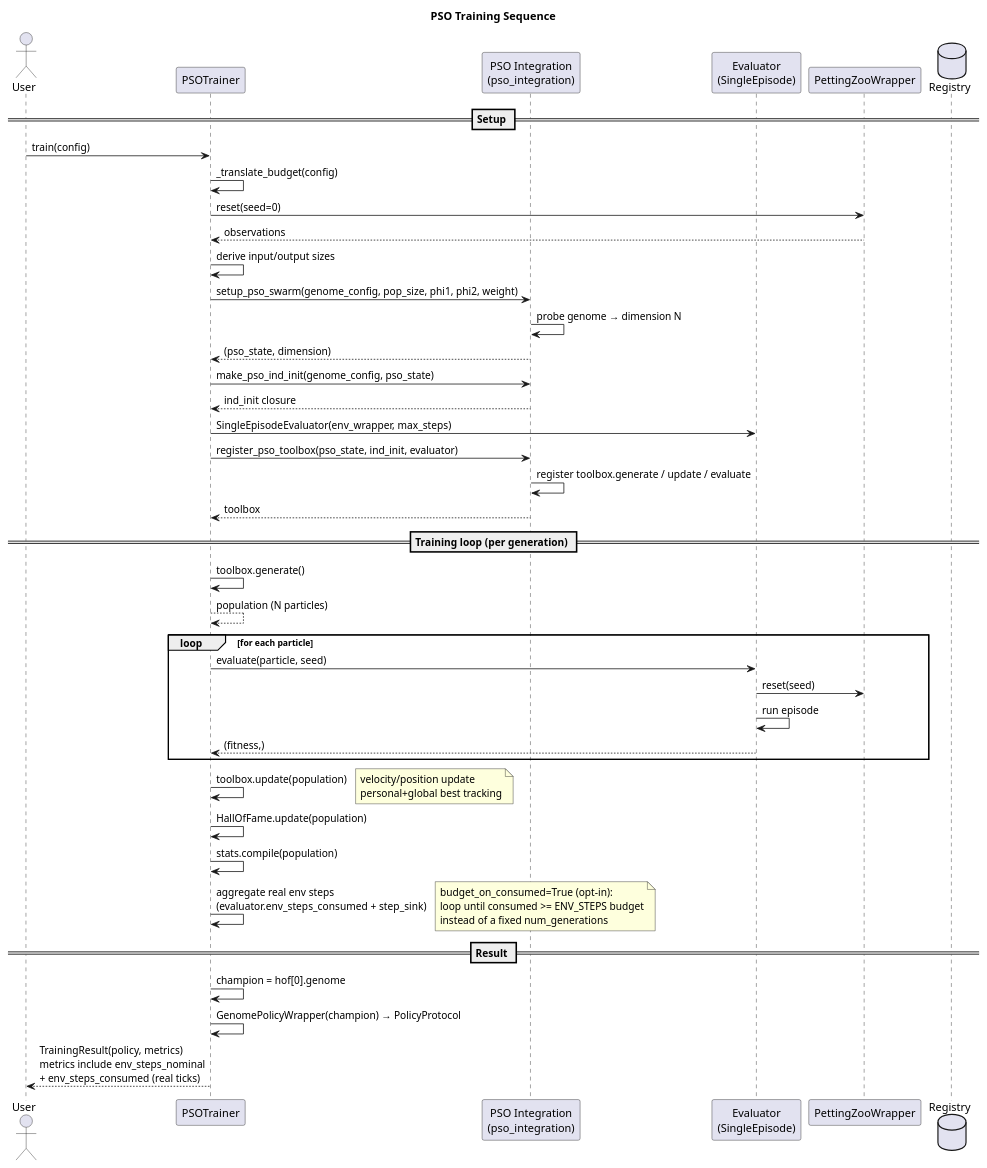
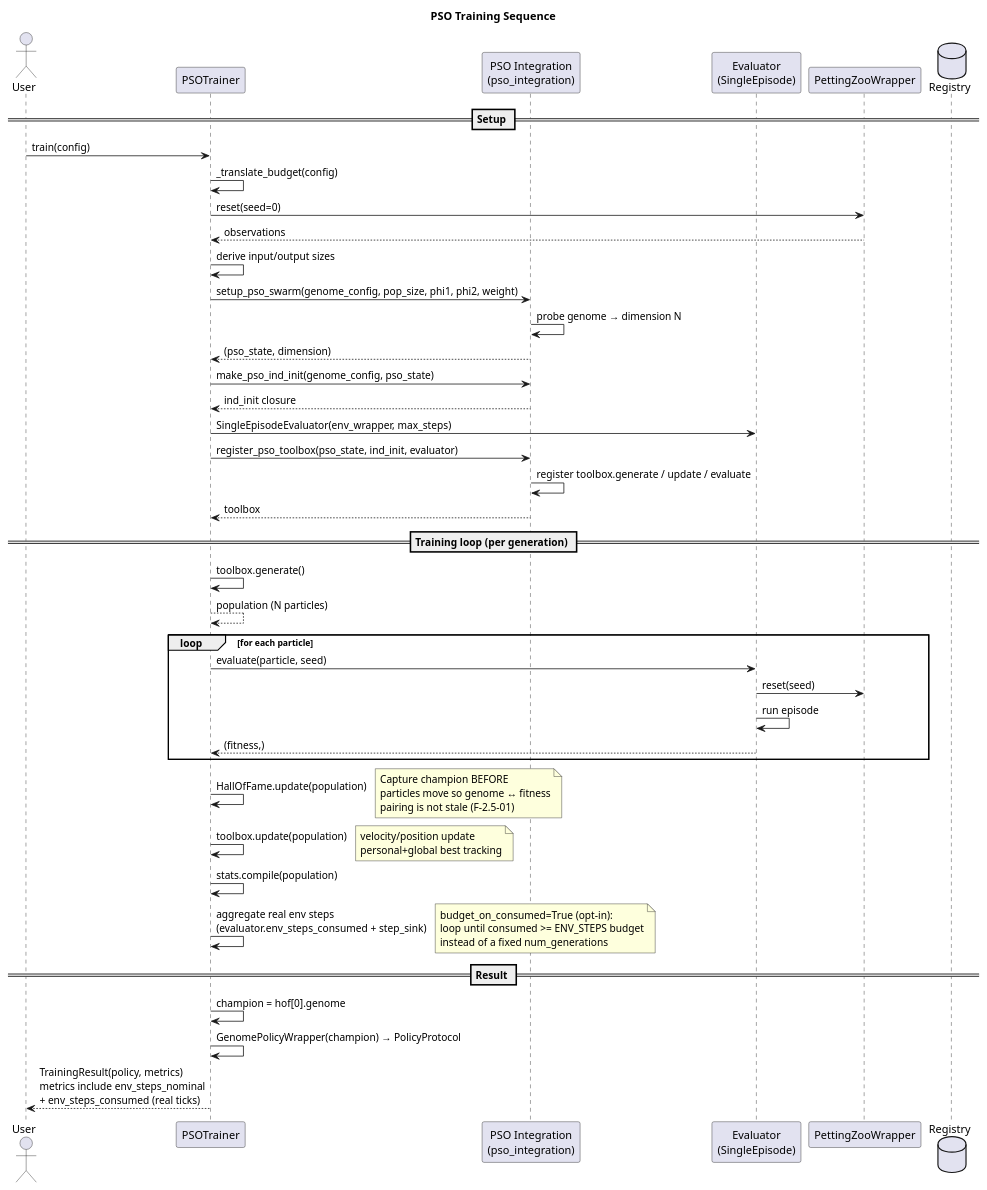
Before and after one commit to Alex180504/DEAP-Zoo-bridge: the diagram in docs/UML/sequence_pso_training.puml, drawn with PlantUML. The commit also changed 3 other files, not shown here.

```diff
--- a/docs/UML/sequence_pso_training.puml
+++ b/docs/UML/sequence_pso_training.puml
@@ -1,48 +1,49 @@
 @startuml
 title PSO Training Sequence
 
 actor User
 participant "PSOTrainer" as T
 participant "PSO Integration\n(pso_integration)" as I
 participant "Evaluator\n(SingleEpisode)" as E
 participant "PettingZooWrapper" as W
 database "Registry" as R
 
 == Setup ==
 User -> T: train(config)
 T -> T: _translate_budget(config)
 T -> W: reset(seed=0)
 W --> T: observations
 T -> T: derive input/output sizes
 T -> I: setup_pso_swarm(genome_config, pop_size, phi1, phi2, weight)
 I -> I: probe genome → dimension N
 I --> T: (pso_state, dimension)
 T -> I: make_pso_ind_init(genome_config, pso_state)
 I --> T: ind_init closure
 T -> E: SingleEpisodeEvaluator(env_wrapper, max_steps)
 T -> I: register_pso_toolbox(pso_state, ind_init, evaluator)
 I -> I: register toolbox.generate / update / evaluate
 I --> T: toolbox
 
 == Training loop (per generation) ==
 T -> T: toolbox.generate()
 T --> T: population (N particles)
 loop for each particle
   T -> E: evaluate(particle, seed)
   E -> W: reset(seed)
   E -> E: run episode
   E --> T: (fitness,)
 end
+T -> T: HallOfFame.update(population)
+note right: Capture champion BEFORE\nparticles move so genome ↔ fitness\npairing is not stale (F-2.5-01)
+
 T -> T: toolbox.update(population)
 note right: velocity/position update\npersonal+global best tracking
-
-T -> T: HallOfFame.update(population)
 T -> T: stats.compile(population)
 T -> T: aggregate real env steps\n(evaluator.env_steps_consumed + step_sink)
 note right: budget_on_consumed=True (opt-in):\nloop until consumed >= ENV_STEPS budget\ninstead of a fixed num_generations
 
 == Result ==
 T -> T: champion = hof[0].genome
 T -> T: GenomePolicyWrapper(champion) → PolicyProtocol
 T --> User: TrainingResult(policy, metrics)\nmetrics include env_steps_nominal\n+ env_steps_consumed (real ticks)
 @enduml
```
